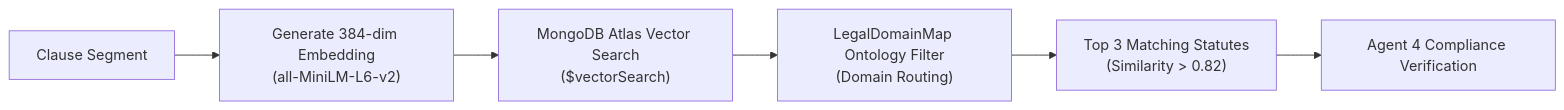
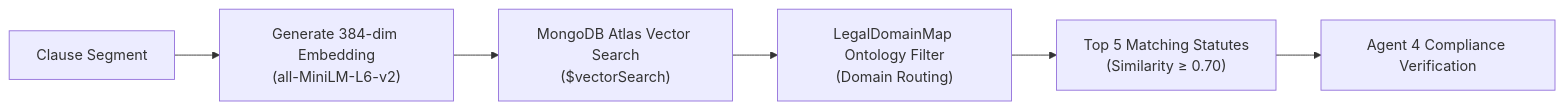
Before and after one commit to Aditya2514/LexGuard: the third of 3 diagrams in README.md, drawn with Mermaid. The commit also changed other lines of this file, not shown here.

Commit message:
docs: match the retrieval threshold described in the README to the code (0.70, top 5)
Claude-Session: https://claude.ai/code/session_01SBWxTa7cfkH9TTXg3VwqPC

````diff
--- a/README.md
+++ b/README.md
@@ -265,8 +265,8 @@
 ```mermaid
 graph LR
     CT["Clause Segment"] --> EMB["Generate 384-dim Embedding\n(all-MiniLM-L6-v2)"]
     EMB --> Atlas["MongoDB Atlas Vector Search\n($vectorSearch)"]
     Atlas --> Filter["LegalDomainMap Ontology Filter\n(Domain Routing)"]
-    Filter --> Match["Top 3 Matching Statutes\n(Similarity > 0.82)"]
+    Filter --> Match["Top 5 Matching Statutes\n(Similarity ≥ 0.70)"]
     Match --> Agent4["Agent 4 Compliance Verification"]
 ```
````
